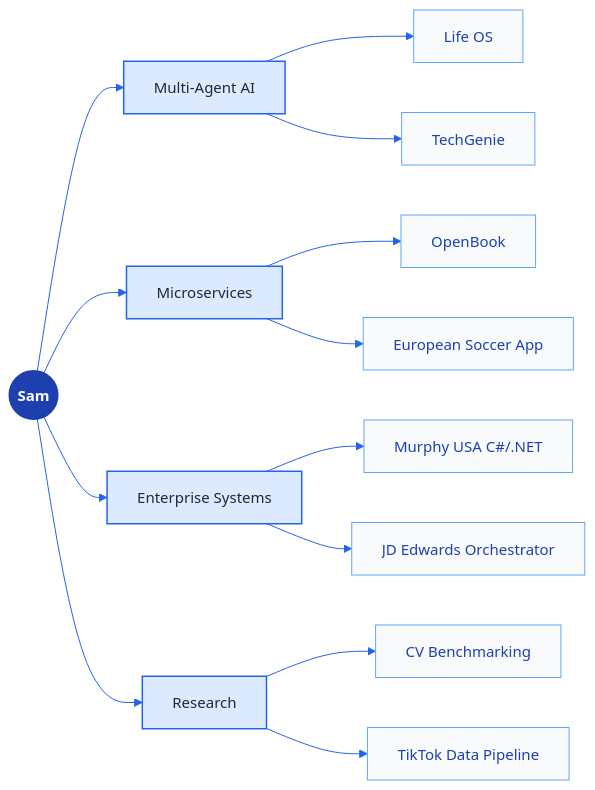
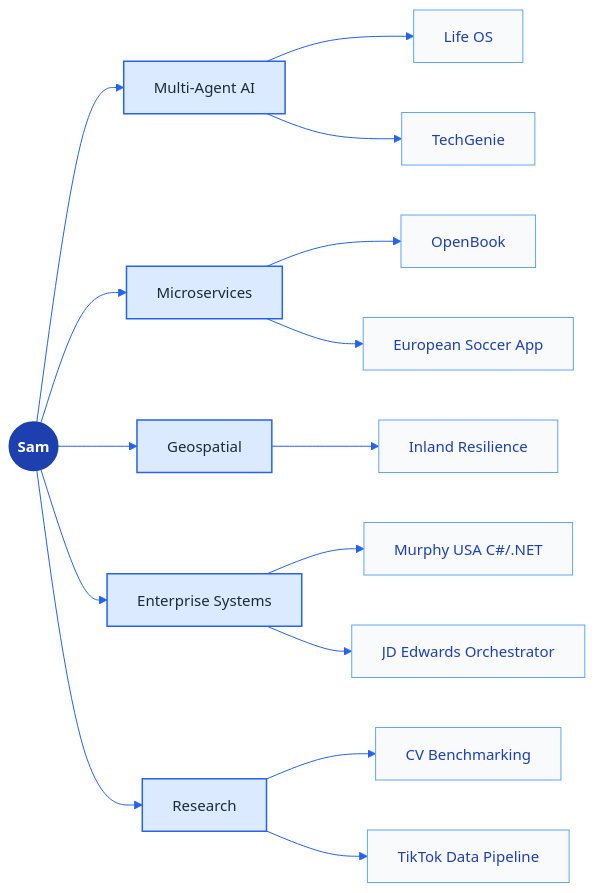
The diagram in README.md (samin1554/samin1554), drawn with Mermaid before and after one commit. The commit also changed other lines of this file, not shown here.

````diff
--- a/README.md
+++ b/README.md
@@ -69,21 +91,23 @@
 ```mermaid
-%%{init: {'theme':'base', 'themeVariables': {'primaryColor':'#DBEAFE','primaryTextColor':'#1E293B','primaryBorderColor':'#1E40AF','lineColor':'#2563EB','tertiaryColor':'#F8FAFC','fontFamily':'Space Grotesk','fontSize':'15px'}}}%%
+%%{init: {'theme':'base', 'themeVariables': {'primaryColor':'#DBEAFE','primaryTextColor':'#1E293B','primaryBorderColor':'#1E40AF','lineColor':'#2563EB','tertiaryColor':'#F8FAFC','fontSize':'15px'}}}%%
 graph LR
     S((Sam)):::core
-    S --> AI[Multi-Agent AI]:::node
-    S --> M[Microservices]:::node
-    S --> E[Enterprise Systems]:::node
-    S --> R[Research]:::node
+    S --> AI[Multi-Agent AI]:::branch
+    S --> M[Microservices]:::branch
+    S --> G[Geospatial]:::branch
+    S --> E[Enterprise Systems]:::branch
+    S --> R[Research]:::branch
     AI --> P1[Life OS]:::leaf
     AI --> P2[TechGenie]:::leaf
     M --> P3[OpenBook]:::leaf
     M --> P4[European Soccer App]:::leaf
+    G --> P9[Inland Resilience]:::leaf
     E --> P5[Murphy USA C#/.NET]:::leaf
     E --> P6[JD Edwards Orchestrator]:::leaf
     R --> P7[CV Benchmarking]:::leaf
     R --> P8[TikTok Data Pipeline]:::leaf
 
     classDef core fill:#1E40AF,stroke:#1E40AF,stroke-width:3px,color:#fff,font-weight:bold
-    classDef node fill:#DBEAFE,stroke:#2563EB,stroke-width:1.5px,color:#1E293B
+    classDef branch fill:#DBEAFE,stroke:#2563EB,stroke-width:1.5px,color:#1E293B
     classDef leaf fill:#F8FAFC,stroke:#60A5FA,stroke-width:1px,color:#1E40AF
 ```
````
